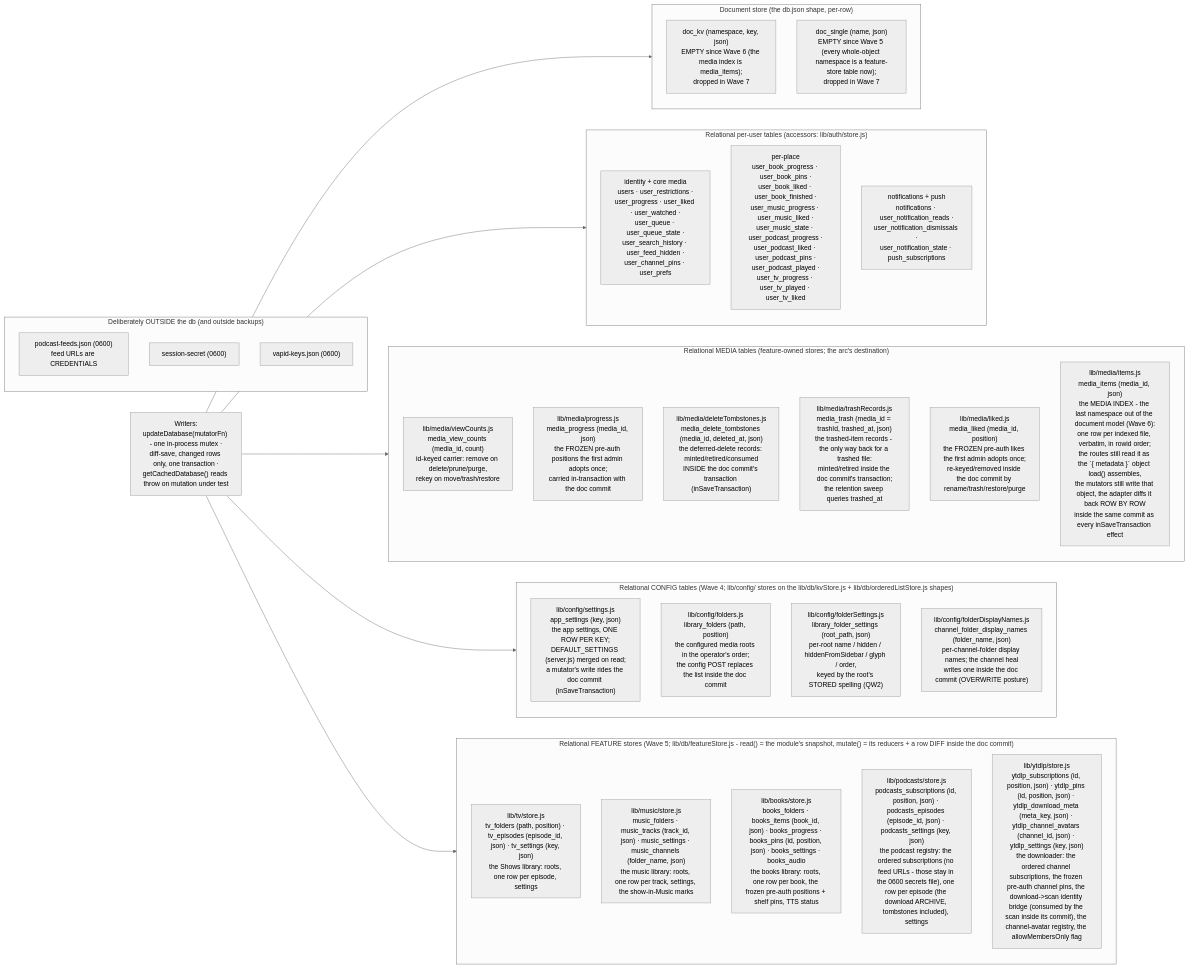
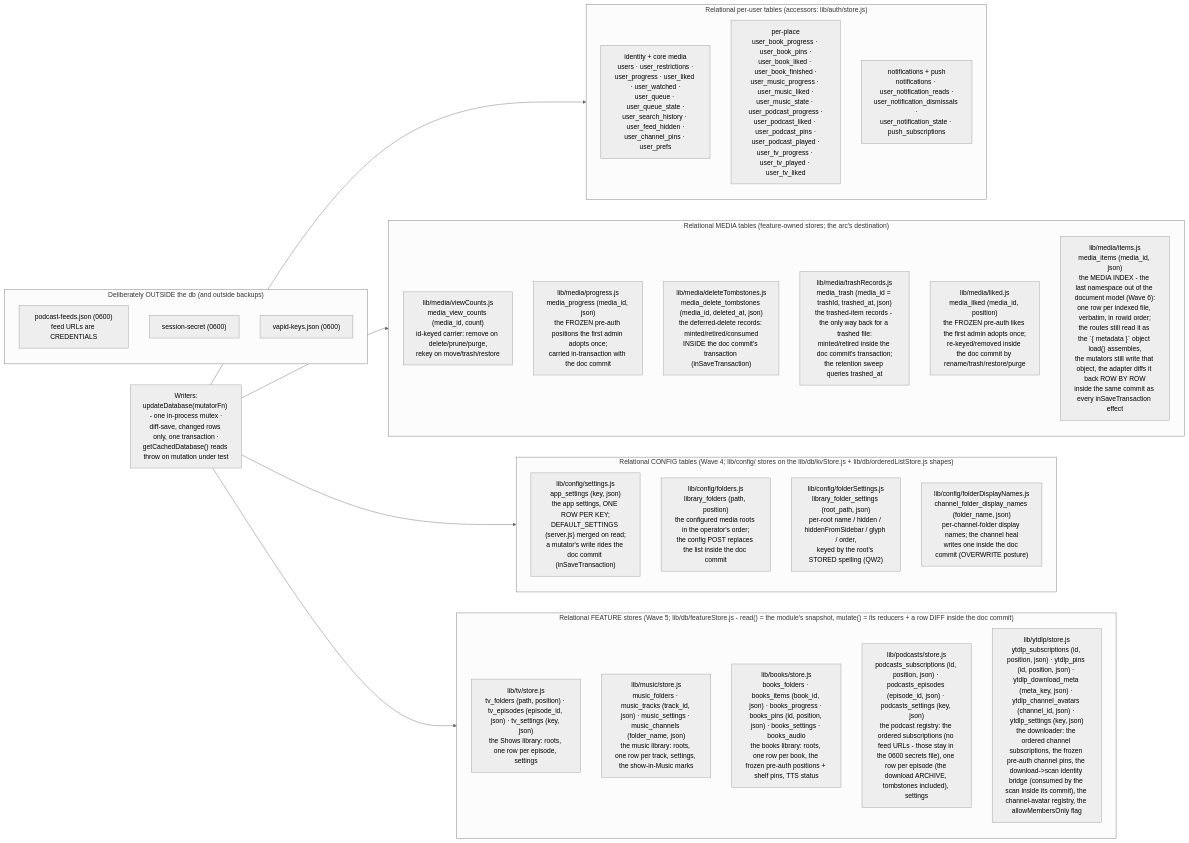
Before and after one commit to dtammam/filetube: the second of 6 diagrams in docs/DIAGRAMS.md, drawn with Mermaid (neutral theme). The commit also changed other lines of this file and 54 other files, not shown here.

````diff
--- a/docs/DIAGRAMS.md
+++ b/docs/DIAGRAMS.md
@@ -105,51 +105,45 @@
 ```mermaid
 flowchart LR
-    subgraph DOC["Document store (the db.json shape, per-row)"]
-        KV["doc_kv (namespace, key, json)<br/>EMPTY since Wave 6 (the media index is media_items);<br/>dropped in Wave 7"]
-        SINGLE["doc_single (name, json)<br/>EMPTY since Wave 5 (every whole-object namespace is a feature-store table now);<br/>dropped in Wave 7"]
-    end
-
     subgraph REL["Relational per-user tables (accessors: lib/auth/store.js)"]
         CORE["identity + core media<br/>users · user_restrictions ·<br/>user_progress · user_liked · user_watched ·<br/>user_queue · user_queue_state ·<br/>user_search_history · user_feed_hidden ·<br/>user_channel_pins · user_prefs"]
         PLACEST["per-place<br/>user_book_progress · user_book_pins ·<br/>user_book_liked · user_book_finished ·<br/>user_music_progress · user_music_liked ·<br/>user_music_state · user_podcast_progress ·<br/>user_podcast_liked · user_podcast_pins ·<br/>user_podcast_played ·<br/>user_tv_progress · user_tv_played · user_tv_liked"]
         NOTIF["notifications + push<br/>notifications · user_notification_reads ·<br/>user_notification_dismissals ·<br/>user_notification_state · push_subscriptions"]
     end
 
     subgraph MEDIA["Relational MEDIA tables (feature-owned stores; the arc's destination)"]
         VC["lib/media/viewCounts.js<br/>media_view_counts (media_id, count)<br/>id-keyed carrier: remove on delete/prune/purge,<br/>rekey on move/trash/restore"]
         PR["lib/media/progress.js<br/>media_progress (media_id, json)<br/>the FROZEN pre-auth positions the first admin adopts once;<br/>carried in-transaction with the doc commit"]
         DT["lib/media/deleteTombstones.js<br/>media_delete_tombstones (media_id, deleted_at, json)<br/>the deferred-delete records: minted/retired/consumed<br/>INSIDE the doc commit's transaction (inSaveTransaction)"]
         TR["lib/media/trashRecords.js<br/>media_trash (media_id = trashId, trashed_at, json)<br/>the trashed-item records - the only way back for a trashed file:<br/>minted/retired inside the doc commit's transaction;<br/>the retention sweep queries trashed_at"]
         LK["lib/media/liked.js<br/>media_liked (media_id, position)<br/>the FROZEN pre-auth likes the first admin adopts once;<br/>re-keyed/removed inside the doc commit by rename/trash/restore/purge"]
         MI["lib/media/items.js<br/>media_items (media_id, json)<br/>the MEDIA INDEX - the last namespace out of the document model (Wave 6):<br/>one row per indexed file, verbatim, in rowid order;<br/>the routes still read it as the `{ metadata }` object load() assembles,<br/>the mutators still write that object, the adapter diffs it back ROW BY ROW<br/>inside the same commit as every inSaveTransaction effect"]
     end
 
     subgraph CONFIG["Relational CONFIG tables (Wave 4; lib/config/ stores on the lib/db/kvStore.js + lib/db/orderedListStore.js shapes)"]
         ST["lib/config/settings.js<br/>app_settings (key, json)<br/>the app settings, ONE ROW PER KEY;<br/>DEFAULT_SETTINGS (server.js) merged on read;<br/>a mutator's write rides the doc commit (inSaveTransaction)"]
         FO["lib/config/folders.js<br/>library_folders (path, position)<br/>the configured media roots in the operator's order;<br/>the config POST replaces the list inside the doc commit"]
         FS["lib/config/folderSettings.js<br/>library_folder_settings (root_path, json)<br/>per-root name / hidden / hiddenFromSidebar / glyph / order,<br/>keyed by the root's STORED spelling (QW2)"]
         FD["lib/config/folderDisplayNames.js<br/>channel_folder_display_names (folder_name, json)<br/>per-channel-folder display names; the channel heal<br/>writes one inside the doc commit (OVERWRITE posture)"]
     end
 
     subgraph FEATURES["Relational FEATURE stores (Wave 5; lib/db/featureStore.js - read() = the module's snapshot, mutate() = its reducers + a row DIFF inside the doc commit)"]
         TV["lib/tv/store.js<br/>tv_folders (path, position) · tv_episodes (episode_id, json) · tv_settings (key, json)<br/>the Shows library: roots, one row per episode, settings"]
         MU["lib/music/store.js<br/>music_folders · music_tracks (track_id, json) · music_settings · music_channels (folder_name, json)<br/>the music library: roots, one row per track, settings, the show-in-Music marks"]
         BK["lib/books/store.js<br/>books_folders · books_items (book_id, json) · books_progress · books_pins (id, position, json) · books_settings · books_audio<br/>the books library: roots, one row per book, the frozen pre-auth positions + shelf pins, TTS status"]
         PC["lib/podcasts/store.js<br/>podcasts_subscriptions (id, position, json) · podcasts_episodes (episode_id, json) · podcasts_settings (key, json)<br/>the podcast registry: the ordered subscriptions (no feed URLs - those stay in the 0600 secrets file), one row per episode (the download ARCHIVE, tombstones included), settings"]
         YT["lib/ytdlp/store.js<br/>ytdlp_subscriptions (id, position, json) · ytdlp_pins (id, position, json) · ytdlp_download_meta (meta_key, json) · ytdlp_channel_avatars (channel_id, json) · ytdlp_settings (key, json)<br/>the downloader: the ordered channel subscriptions, the frozen pre-auth channel pins, the download->scan identity bridge (consumed by the scan inside its commit), the channel-avatar registry, the allowMembersOnly flag"]
     end
 
     subgraph OUT["Deliberately OUTSIDE the db (and outside backups)"]
         FEEDS["podcast-feeds.json (0600)<br/>feed URLs are CREDENTIALS"]
         SS["session-secret (0600)"]
         VAPID["vapid-keys.json (0600)"]
     end
 
     WRITERS["Writers:<br/>updateDatabase(mutatorFn) - one in-process mutex ·<br/>diff-save, changed rows only, one transaction ·<br/>getCachedDatabase() reads throw on mutation under test"]
 
-    WRITERS --> DOC
     WRITERS --> REL
     WRITERS --> MEDIA
     WRITERS --> CONFIG
     WRITERS --> FEATURES
 ```
````
